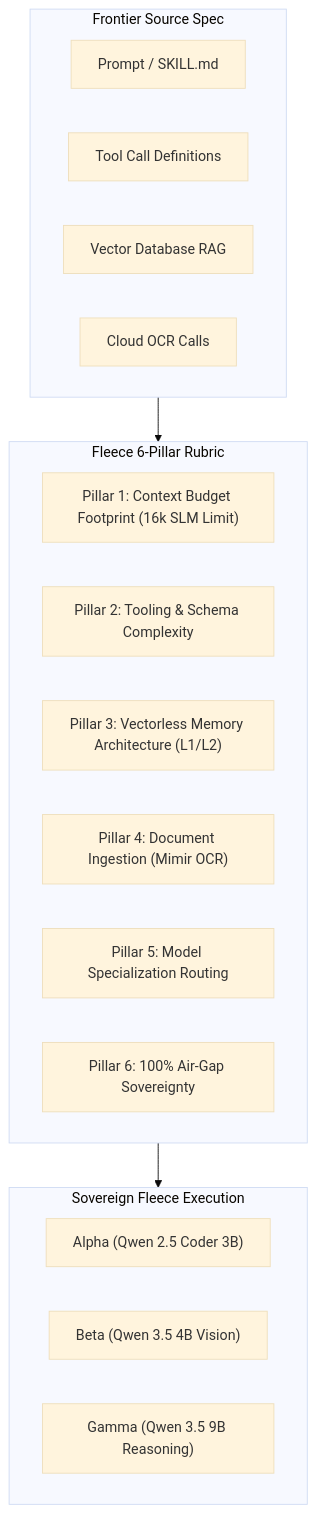
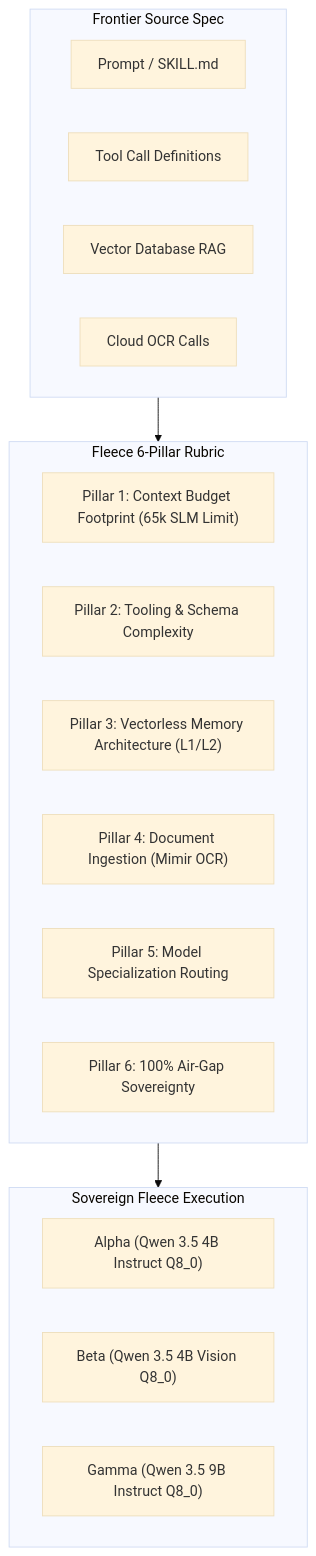
One commit to the706god/Project-Fleece-Gamma changed the diagram in AUDIT_PLAYBOOK.md. Above: the diagram before and after it, drawn with Mermaid (base theme). The commit also changed other lines of this file and 21 other files, not shown here.

````diff
--- a/AUDIT_PLAYBOOK.md
+++ b/AUDIT_PLAYBOOK.md
@@ -22,26 +22,26 @@
 ```mermaid
 flowchart TD
     subgraph FrontierSource["Frontier Source Spec"]
         S1["Prompt / SKILL.md"]
         S2["Tool Call Definitions"]
         S3["Vector Database RAG"]
         S4["Cloud OCR Calls"]
     end
 
     subgraph Rubric["Fleece 6-Pillar Rubric"]
-        P1["Pillar 1: Context Budget Footprint (16k SLM Limit)"]
+        P1["Pillar 1: Context Budget Footprint (65k SLM Limit)"]
         P2["Pillar 2: Tooling & Schema Complexity"]
         P3["Pillar 3: Vectorless Memory Architecture (L1/L2)"]
         P4["Pillar 4: Document Ingestion (Mimir OCR)"]
         P5["Pillar 5: Model Specialization Routing"]
         P6["Pillar 6: 100% Air-Gap Sovereignty"]
     end
 
     subgraph SovereignEngine["Sovereign Fleece Execution"]
-        A1["Alpha (Qwen 2.5 Coder 3B)"]
-        A2["Beta (Qwen 3.5 4B Vision)"]
-        A3["Gamma (Qwen 3.5 9B Reasoning)"]
+        A1["Alpha (Qwen 3.5 4B Instruct Q8_0)"]
+        A2["Beta (Qwen 3.5 4B Vision Q8_0)"]
+        A3["Gamma (Qwen 3.5 9B Instruct Q8_0)"]
     end
 
     FrontierSource --> Rubric --> SovereignEngine
 ```
````
